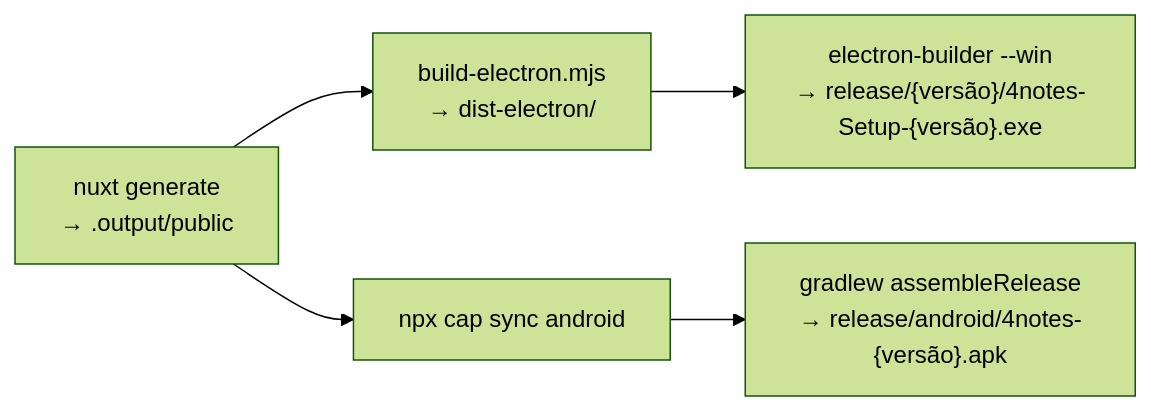
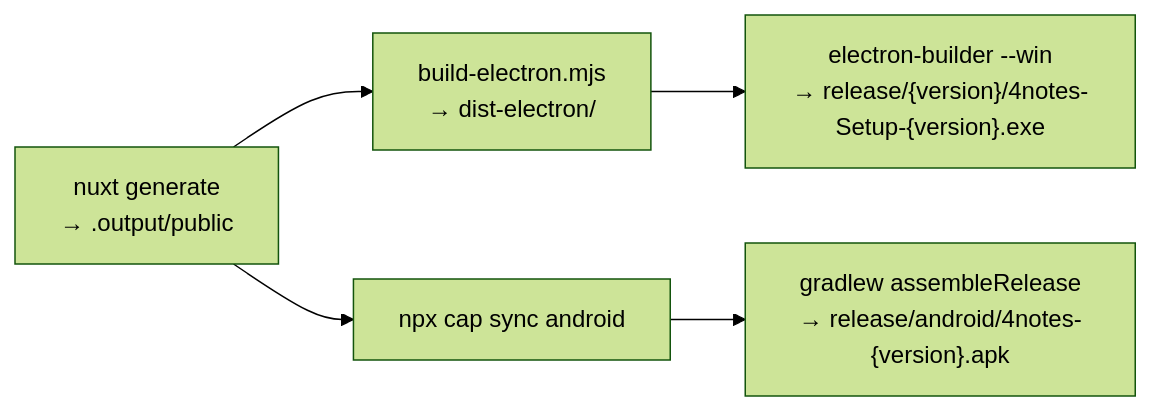
The second of 2 diagrams in README.md (4kauanmota/4notes-app), drawn with Mermaid (forest theme) before and after one commit. The commit also changed other lines of this file and 32 other files, not shown here.

````diff
--- a/README.md
+++ b/README.md
@@ -288,7 +293,7 @@
 ```mermaid
 flowchart LR
     G["nuxt generate<br/>→ .output/public"] --> B["build-electron.mjs<br/>→ dist-electron/"]
-    B --> EB["electron-builder --win<br/>→ release/{versão}/4notes-Setup-{versão}.exe"]
+    B --> EB["electron-builder --win<br/>→ release/{version}/4notes-Setup-{version}.exe"]
     G --> CS["npx cap sync android"]
-    CS --> GR["gradlew assembleRelease<br/>→ release/android/4notes-{versão}.apk"]
+    CS --> GR["gradlew assembleRelease<br/>→ release/android/4notes-{version}.apk"]
 ```
````
